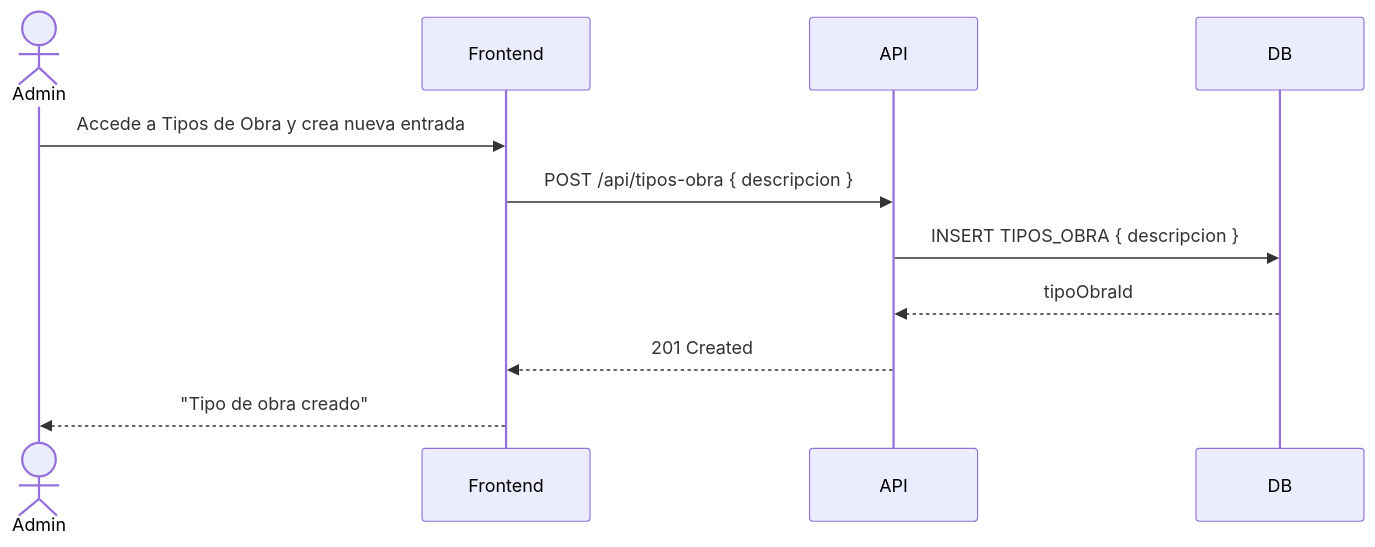
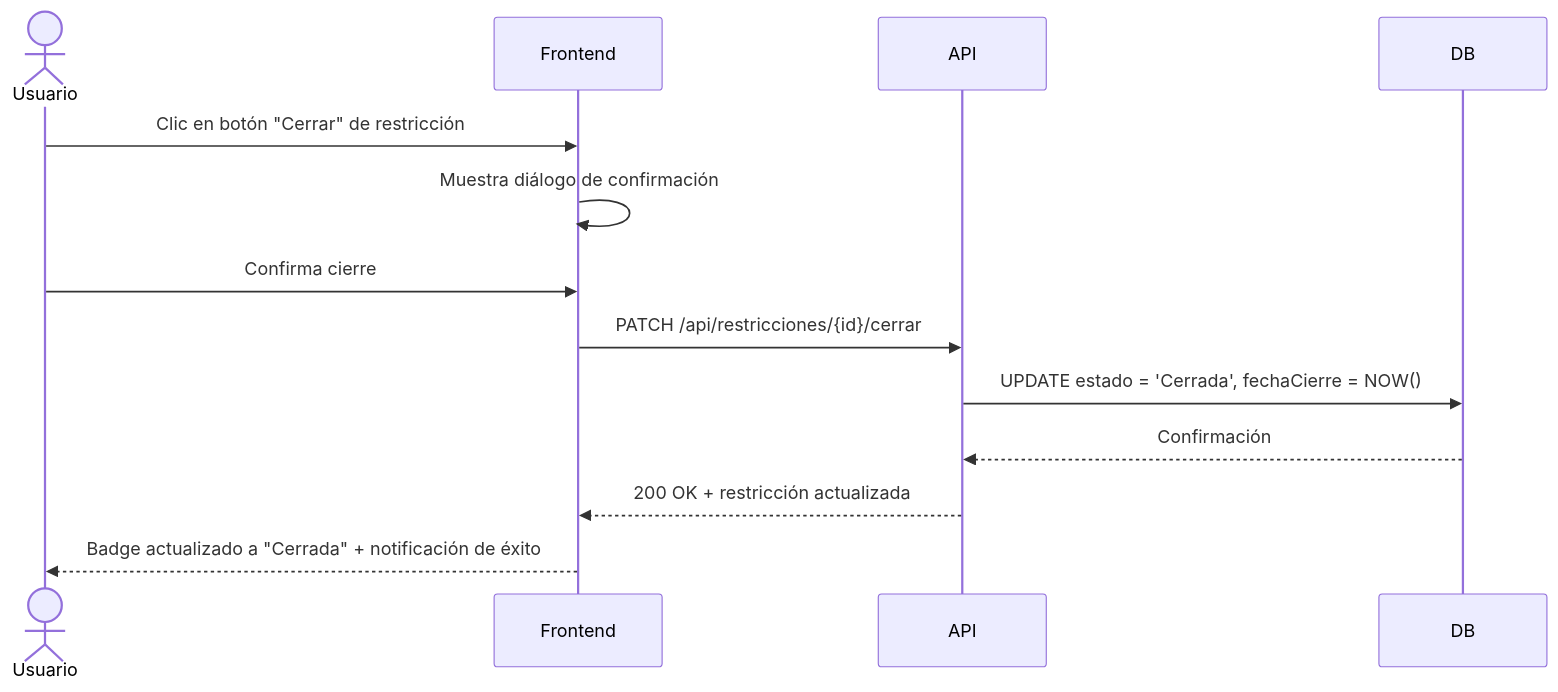
The diagram in ai-specs/backlog/us-007.md (syntaxiscorp/syntaxis-ai-specs), drawn with Mermaid before and after one commit. The commit also changed other lines of this file and 53 other files, not shown here.

````diff
--- a/ai-specs/backlog/us-007.md
+++ b/ai-specs/backlog/us-007.md
@@ -43,14 +37,15 @@
 ```mermaid
 sequenceDiagram
-    actor Admin
+    actor Usuario
     participant Frontend
     participant API
     participant DB
-
-    Admin->>Frontend: Accede a Tipos de Obra y crea nueva entrada
-    Frontend->>API: POST /api/tipos-obra { descripcion }
-    API->>DB: INSERT TIPOS_OBRA { descripcion }
-    DB-->>API: tipoObraId
-    API-->>Frontend: 201 Created
-    Frontend-->>Admin: "Tipo de obra creado"
+    Usuario->>Frontend: Clic en botón "Cerrar" de restricción
+    Frontend->>Frontend: Muestra diálogo de confirmación
+    Usuario->>Frontend: Confirma cierre
+    Frontend->>API: PATCH /api/restricciones/{id}/cerrar
+    API->>DB: UPDATE estado = 'Cerrada', fechaCierre = NOW()
+    DB-->>API: Confirmación
+    API-->>Frontend: 200 OK + restricción actualizada
+    Frontend-->>Usuario: Badge actualizado a "Cerrada" + notificación de éxito
 ```
````
